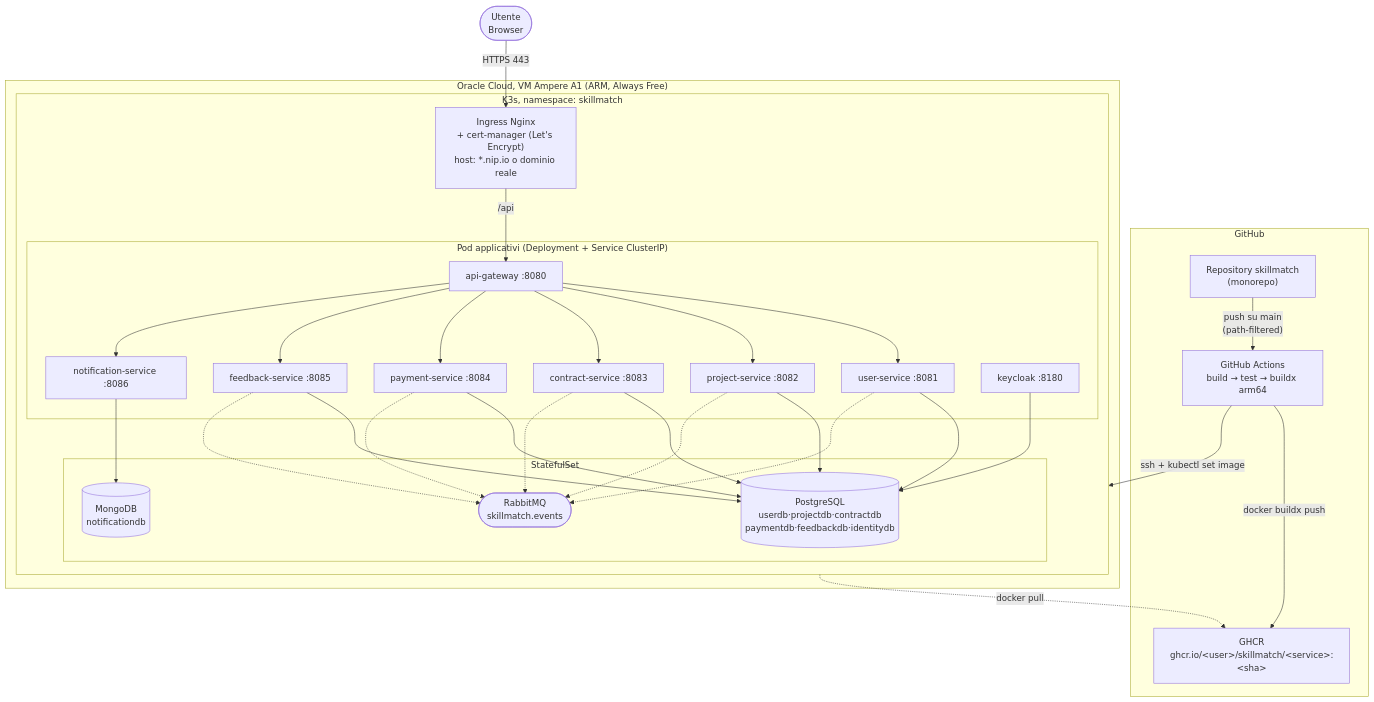
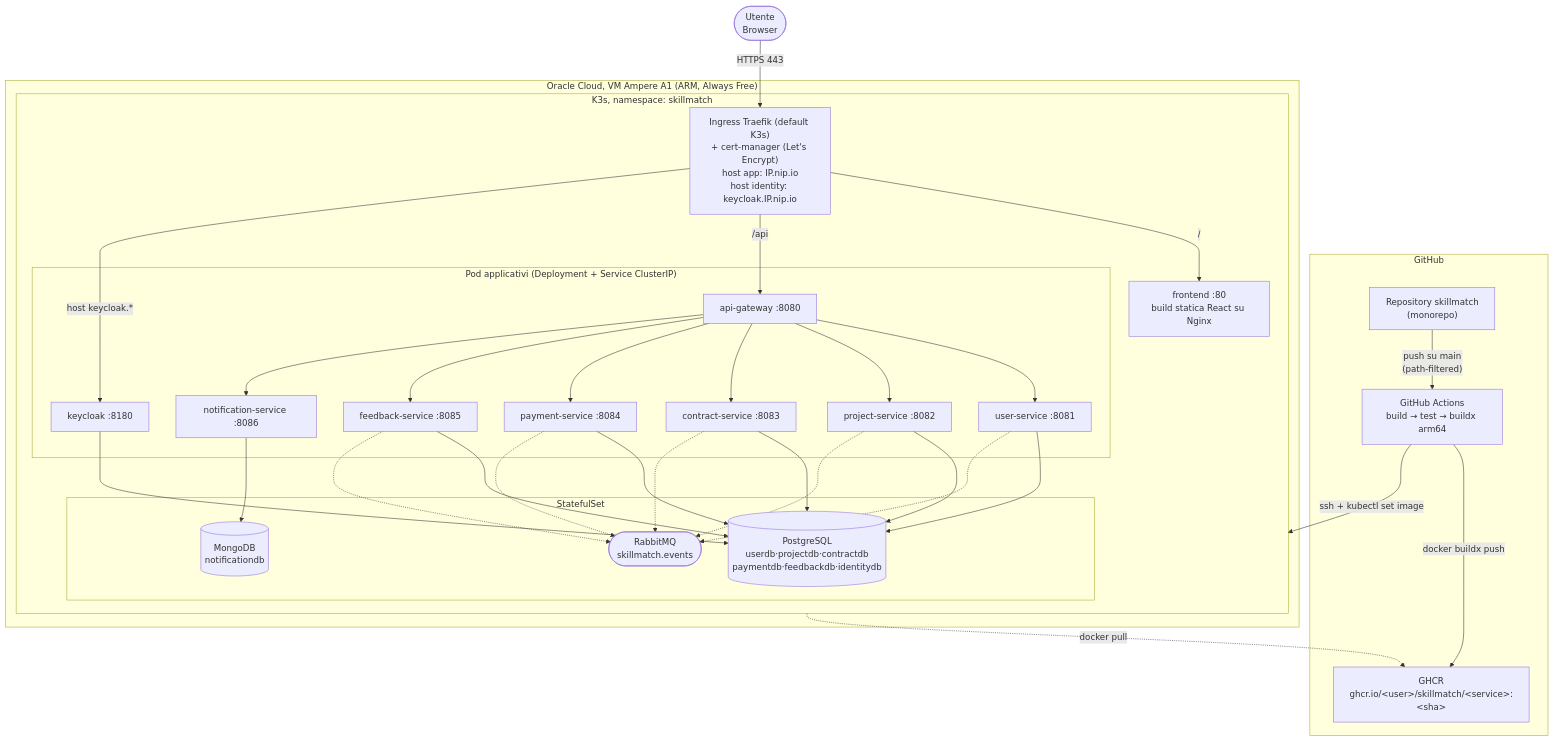
One commit to aandrioli62/skillmatch-2026 changed the diagram in docs/deployment.md. Above: the diagram before and after it, drawn with Mermaid. The commit also changed other lines of this file and 79 other files, not shown here.

````diff
--- a/docs/deployment.md
+++ b/docs/deployment.md
@@ -9,45 +9,49 @@
 ```mermaid
 flowchart TB
     User(["Utente<br/>Browser"])
 
     subgraph GH["GitHub"]
         Repo["Repository skillmatch<br/>(monorepo)"]
         Actions["GitHub Actions<br/>build → test → buildx arm64"]
         GHCR["GHCR<br/>ghcr.io/&lt;user&gt;/skillmatch/&lt;service&gt;:&lt;sha&gt;"]
     end
 
     subgraph Oracle["Oracle Cloud, VM Ampere A1 (ARM, Always Free)"]
         subgraph K3s["K3s, namespace: skillmatch"]
-            Ingress["Ingress Nginx<br/>+ cert-manager (Let's Encrypt)<br/>host: *.nip.io o dominio reale"]
+            Ingress["Ingress Traefik (default K3s)<br/>+ cert-manager (Let's Encrypt)<br/>host app: IP.nip.io<br/>host identity: keycloak.IP.nip.io"]
+
+            FE["frontend :80<br/>build statica React su Nginx"]
 
             subgraph AppPods["Pod applicativi (Deployment + Service ClusterIP)"]
                 GW["api-gateway :8080"]
                 US["user-service :8081"]
                 PSVC["project-service :8082"]
                 CS["contract-service :8083"]
                 PAY["payment-service :8084"]
                 FS["feedback-service :8085"]
                 NS["notification-service :8086"]
                 KC["keycloak :8180"]
             end
 
             subgraph DataPods["StatefulSet"]
                 PG[("PostgreSQL<br/>userdb·projectdb·contractdb<br/>paymentdb·feedbackdb·identitydb")]
                 MONGO[("MongoDB<br/>notificationdb")]
                 MQ(["RabbitMQ<br/>skillmatch.events"])
             end
         end
     end
 
     User -- "HTTPS 443" --> Ingress
+    Ingress -- "/" --> FE
     Ingress -- "/api" --> GW
+    Ingress -- "host keycloak.*" --> KC
     GW --> US & PSVC & CS & PAY & FS & NS
     US & PSVC & CS & PAY & FS & KC --> PG
     NS --> MONGO
     US & PSVC & CS & PAY & FS -.-> MQ
 
     Repo -- "push su main<br/>(path-filtered)" --> Actions
     Actions -- "docker buildx push" --> GHCR
     Actions -- "ssh + kubectl set image" --> K3s
     K3s -. "docker pull" .-> GHCR
 ```
````
